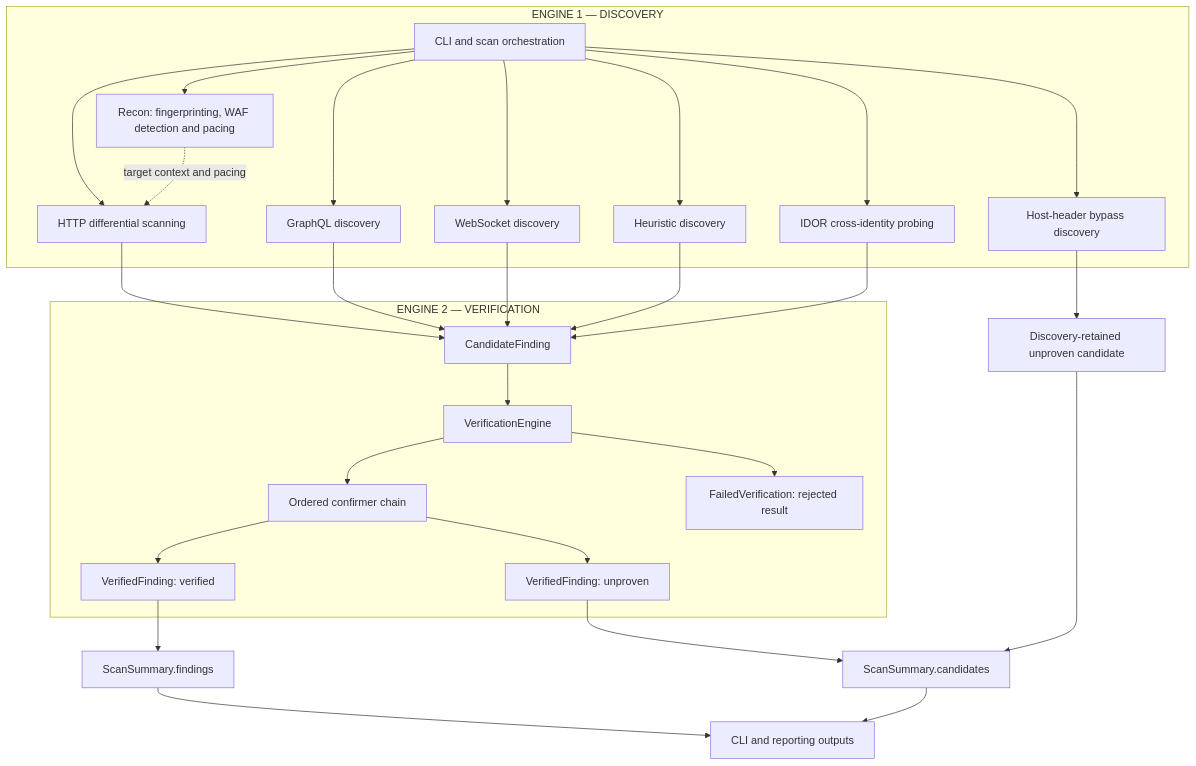
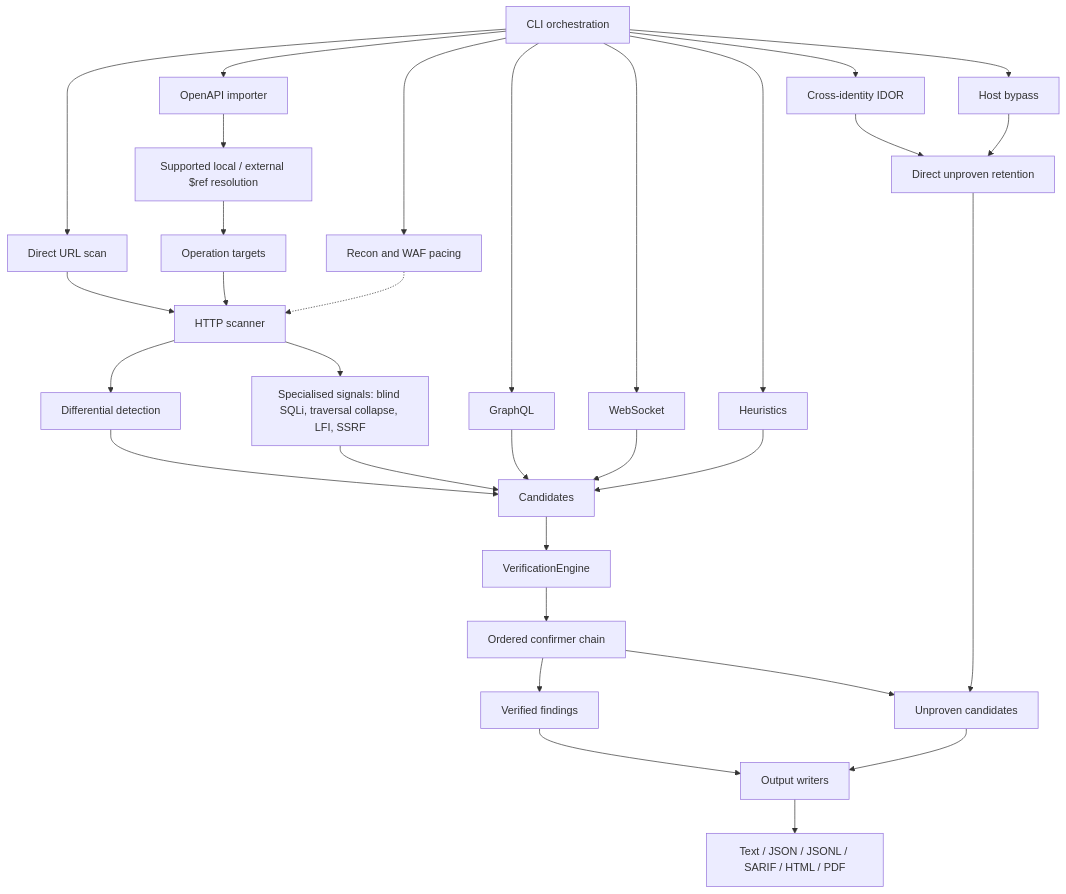
Before and after one commit to Hetaireia/janissary: the diagram in README.md, drawn with Mermaid. The commit also changed other lines of this file and 1 other file, not shown here.

````diff
--- a/README.md
+++ b/README.md
@@ -84,38 +91,34 @@
 ```mermaid
 flowchart TD
-    CLI["CLI and scan orchestration"]
-
-    subgraph DISCOVERY["ENGINE 1 — DISCOVERY"]
-    CLI --> RECON["Recon: fingerprinting, WAF detection and pacing"]
-    CLI --> HTTP["HTTP differential scanning"]
-    RECON -. "target context and pacing" .-> HTTP
-    CLI --> GQL["GraphQL discovery"]
-    CLI --> WS["WebSocket discovery"]
-    CLI --> HB["Host-header bypass discovery"]
-    CLI --> HEUR["Heuristic discovery"]
-    CLI --> IDOR["IDOR cross-identity probing"]
-    end
-
-    HTTP --> CAND["CandidateFinding"]
+    CLI["CLI orchestration"]
+    CLI --> URL["Direct URL scan"]
+    CLI --> SPEC["OpenAPI importer"]
+    SPEC --> REF["Supported local / external $ref resolution"]
+    REF --> OPS["Operation targets"]
+    URL --> HTTP["HTTP scanner"]
+    OPS --> HTTP
+    CLI --> RECON["Recon and WAF pacing"]
+    RECON -.-> HTTP
+    HTTP --> DIFF["Differential detection"]
+    HTTP --> ORACLE["Specialised signals: blind SQLi, traversal collapse, LFI, SSRF"]
+    CLI --> GQL["GraphQL"]
+    CLI --> WS["WebSocket"]
+    CLI --> HB["Host bypass"]
+    CLI --> HEUR["Heuristics"]
+    CLI --> IDOR["Cross-identity IDOR"]
+    DIFF --> CAND["Candidates"]
+    ORACLE --> CAND
     GQL --> CAND
     WS --> CAND
     HEUR --> CAND
-    IDOR --> CAND
-
-    subgraph VERIFICATION["ENGINE 2 — VERIFICATION"]
+    IDOR --> DIRECT
     CAND --> VE["VerificationEngine"]
     VE --> CONF["Ordered confirmer chain"]
-
-    CONF --> VERIFIED["VerifiedFinding: verified"]
-    CONF --> UNPROVEN["VerifiedFinding: unproven"]
-    VE --> FAILED["FailedVerification: rejected result"]
-    end
-
-    VERIFIED --> FINDINGS["ScanSummary.findings"]
-    UNPROVEN --> CANDIDATES["ScanSummary.candidates"]
-    HB --> DIRECT["Discovery-retained unproven candidate"]
-    DIRECT --> CANDIDATES
-
-    FINDINGS --> OUTPUT["CLI and reporting outputs"]
-    CANDIDATES --> OUTPUT
+    CONF --> V["Verified findings"]
+    CONF --> U["Unproven candidates"]
+    HB --> DIRECT["Direct unproven retention"]
+    DIRECT --> U
+    V --> OUT["Output writers"]
+    U --> OUT
+    OUT --> FORMATS["Text / JSON / JSONL / SARIF / HTML / PDF"]
 ```
````
